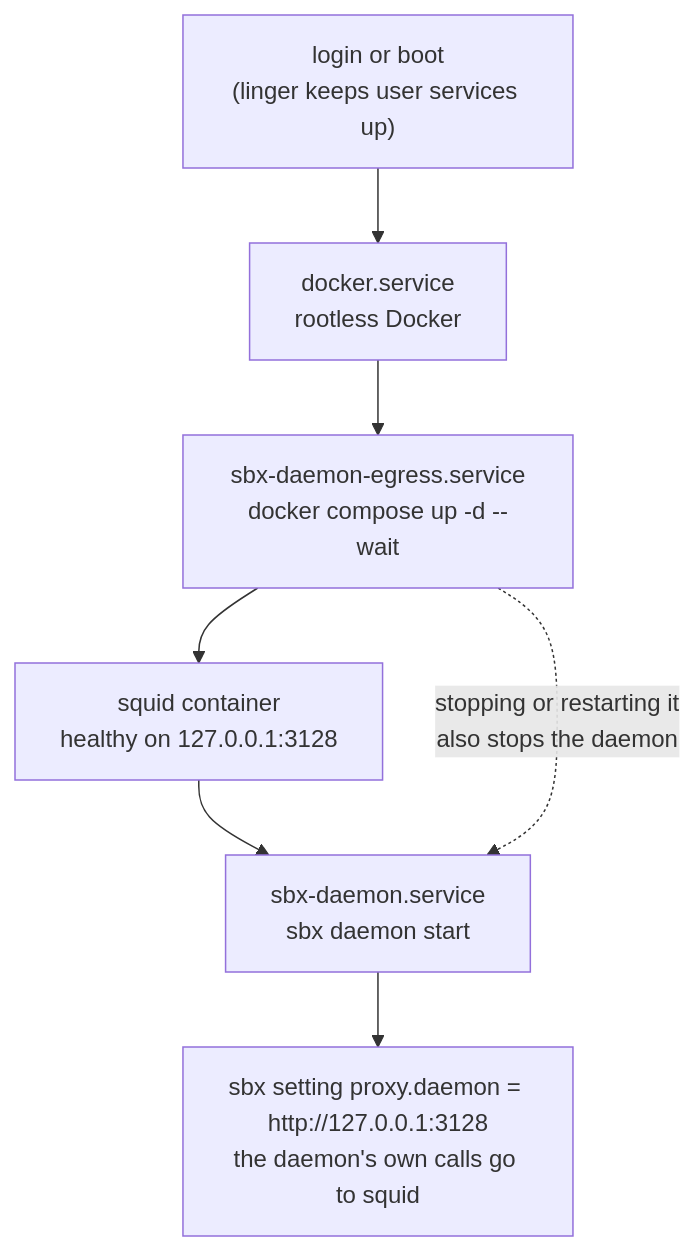
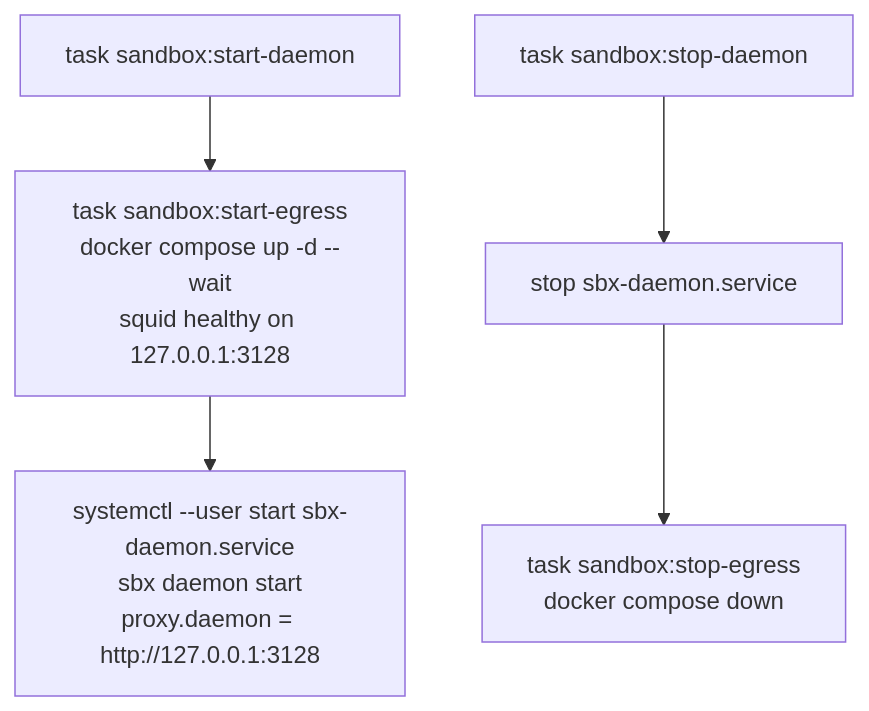
The second of 2 diagrams in .sbx/daemon/README.md (raghav19/engineersdaybook), drawn with Mermaid before and after one commit. The commit also changed other lines of this file and 7 other files, not shown here.

First line of the commit message:
feat: sbx daemon from mise, squid egress as its own tasks, start/stop/restart

````diff
--- a/.sbx/daemon/README.md
+++ b/.sbx/daemon/README.md
@@ -27,9 +28,6 @@
 ```mermaid
 flowchart TD
-    boot["login or boot<br/>(linger keeps user services up)"] --> docker["docker.service<br/>rootless Docker"]
-    docker --> proxyunit["sbx-daemon-egress.service<br/>docker compose up -d --wait"]
-    proxyunit --> squid["squid container<br/>healthy on 127.0.0.1:3128"]
-    squid --> daemonunit["sbx-daemon.service<br/>sbx daemon start"]
-    daemonunit --> setting["sbx setting proxy.daemon = http://127.0.0.1:3128<br/>the daemon's own calls go to squid"]
-    proxyunit -. "stopping or restarting it<br/>also stops the daemon" .-> daemonunit
+    start["task sandbox:start-daemon"] --> egress["task sandbox:start-egress<br/>docker compose up -d --wait<br/>squid healthy on 127.0.0.1:3128"]
+    egress --> unit["systemctl --user start sbx-daemon.service<br/>sbx daemon start<br/>proxy.daemon = http://127.0.0.1:3128"]
+    stop["task sandbox:stop-daemon"] --> unitstop["stop sbx-daemon.service"] --> egressstop["task sandbox:stop-egress<br/>docker compose down"]
 ```
````
